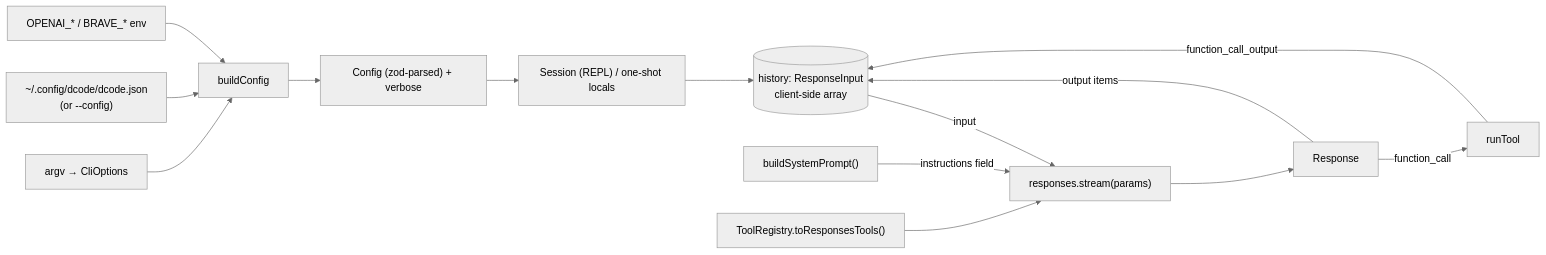
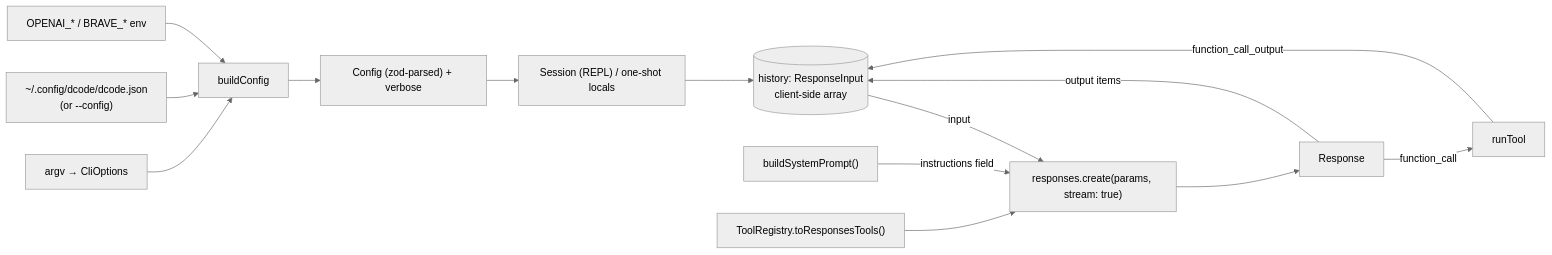
The fourth of 5 diagrams in ONBOARDING.md (qsrahman/dcode), drawn with Mermaid (neutral theme) before and after one commit. The commit also changed other lines of this file and 10 other files, not shown here.

````diff
--- a/ONBOARDING.md
+++ b/ONBOARDING.md
@@ -540,15 +540,15 @@
 ```mermaid
 flowchart LR
     ARGV["argv → CliOptions"] --> BC
     FILE["~/.config/dcode/dcode.json<br/>(or --config)"] --> BC
     ENV["OPENAI_* / BRAVE_* env"] --> BC["buildConfig"]
     BC --> CFG["Config (zod-parsed) + verbose"]
     CFG --> SES["Session (REPL) / one-shot locals"]
     SES --> HIST[("history: ResponseInput<br/>client-side array")]
     SYS["buildSystemPrompt()"] -->|"instructions field"| REQ
-    HIST -->|"input"| REQ["responses.stream(params)"]
+    HIST -->|"input"| REQ["responses.create(params, stream: true)"]
     TOOLS["ToolRegistry.toResponsesTools()"] --> REQ
     REQ --> RESP["Response"]
     RESP -->|"output items"| HIST
     RESP -->|"function_call"| EX["runTool"] -->|"function_call_output"| HIST
 ```
````
